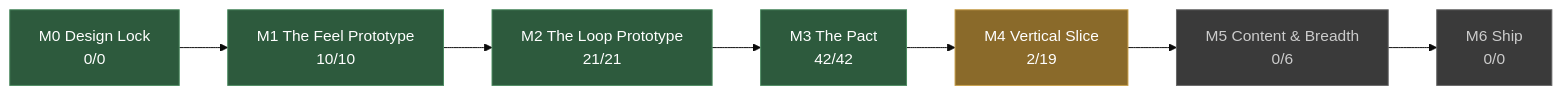
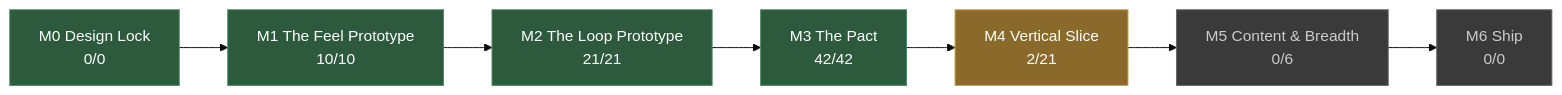
The diagram in docs/STATUS.md (JoshuaGessner/she), drawn with Mermaid (base theme) before and after one commit. The commit also changed other lines of this file and 7 other files, not shown here.

````diff
--- a/docs/STATUS.md
+++ b/docs/STATUS.md
@@ -13,19 +13,19 @@
 ```mermaid
 flowchart LR
   M0["M0 Design Lock<br/>0/0"]:::passed
   M1["M1 The Feel Prototype<br/>10/10"]:::passed
   M0 --> M1
   M2["M2 The Loop Prototype<br/>21/21"]:::passed
   M1 --> M2
   M3["M3 The Pact<br/>42/42"]:::passed
   M2 --> M3
-  M4["M4 Vertical Slice<br/>2/19"]:::current
+  M4["M4 Vertical Slice<br/>2/21"]:::current
   M3 --> M4
   M5["M5 Content & Breadth<br/>0/6"]:::ahead
   M4 --> M5
   M6["M6 Ship<br/>0/0"]:::ahead
   M5 --> M6
   classDef passed fill:#2d5a3d,stroke:#4a8a5f,color:#fff
   classDef current fill:#8a6a2a,stroke:#c8a04a,color:#fff
   classDef ahead fill:#3a3a3a,stroke:#666,color:#ccc
 ```
````
